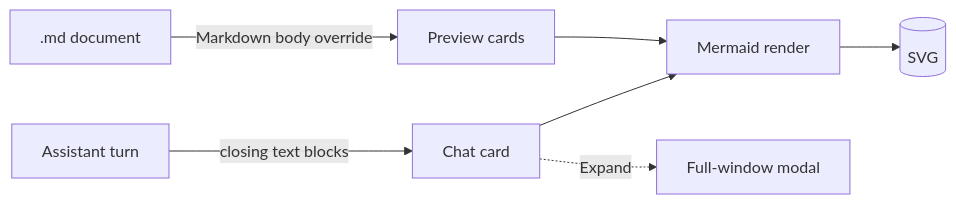
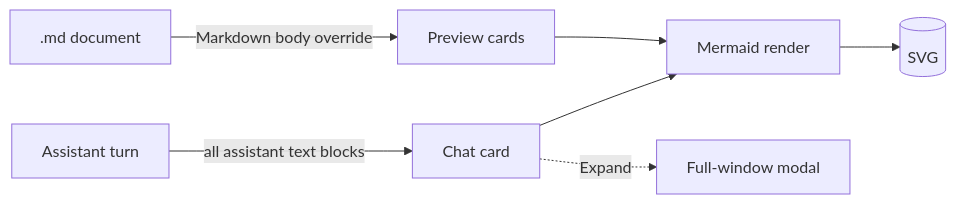
One commit to denistv/dsh-mermaid changed the diagram in README.md. Above: the diagram before and after it, drawn with Mermaid. The commit also changed other lines of this file and 14 other files, not shown here.

First line of the commit message:
feat: harden rendering and add bundled dsh-mermaid skill

````diff
--- a/README.md
+++ b/README.md
@@ -184,9 +196,9 @@
 ```mermaid
 flowchart LR
-  turn[Assistant turn] -->|closing text blocks| card[Chat card]
+  turn[Assistant turn] -->|all assistant text blocks| card[Chat card]
   file[.md document] -->|Markdown body override| preview[Preview cards]
   card --> render[Mermaid render]
   preview --> render
   render --> svg[(SVG)]
   card -. Expand .-> modal[Full-window modal]
 ```
````
